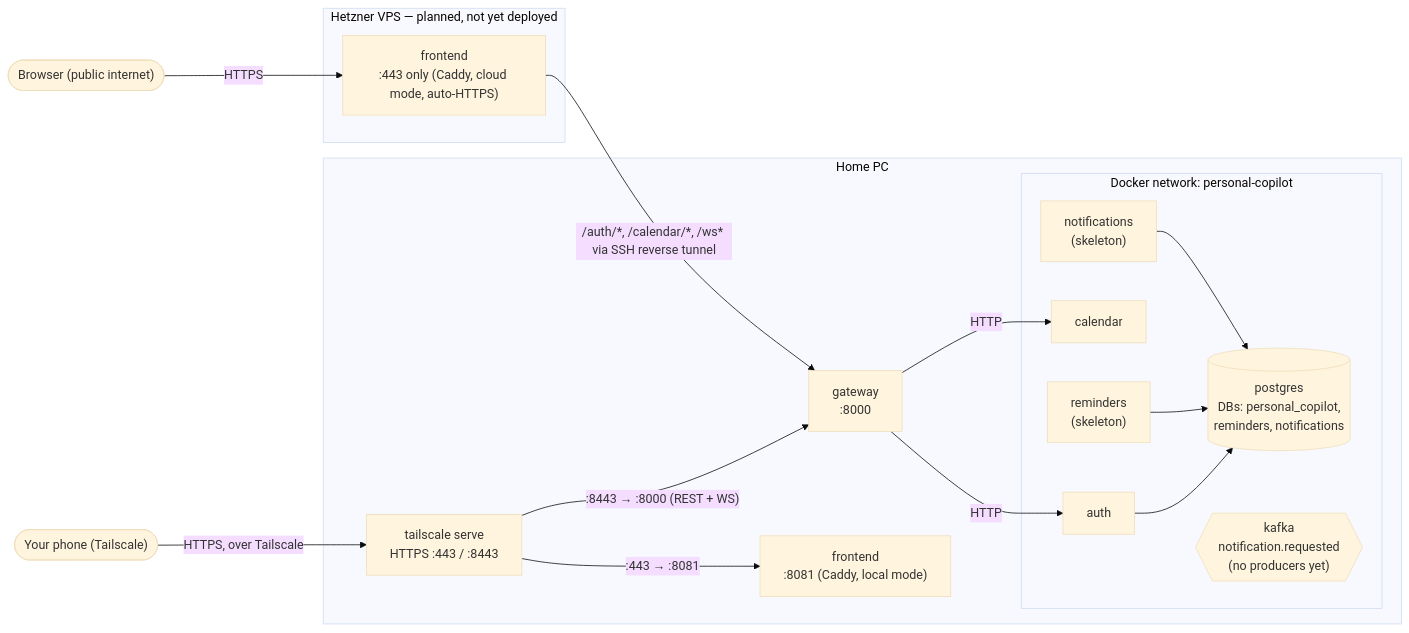
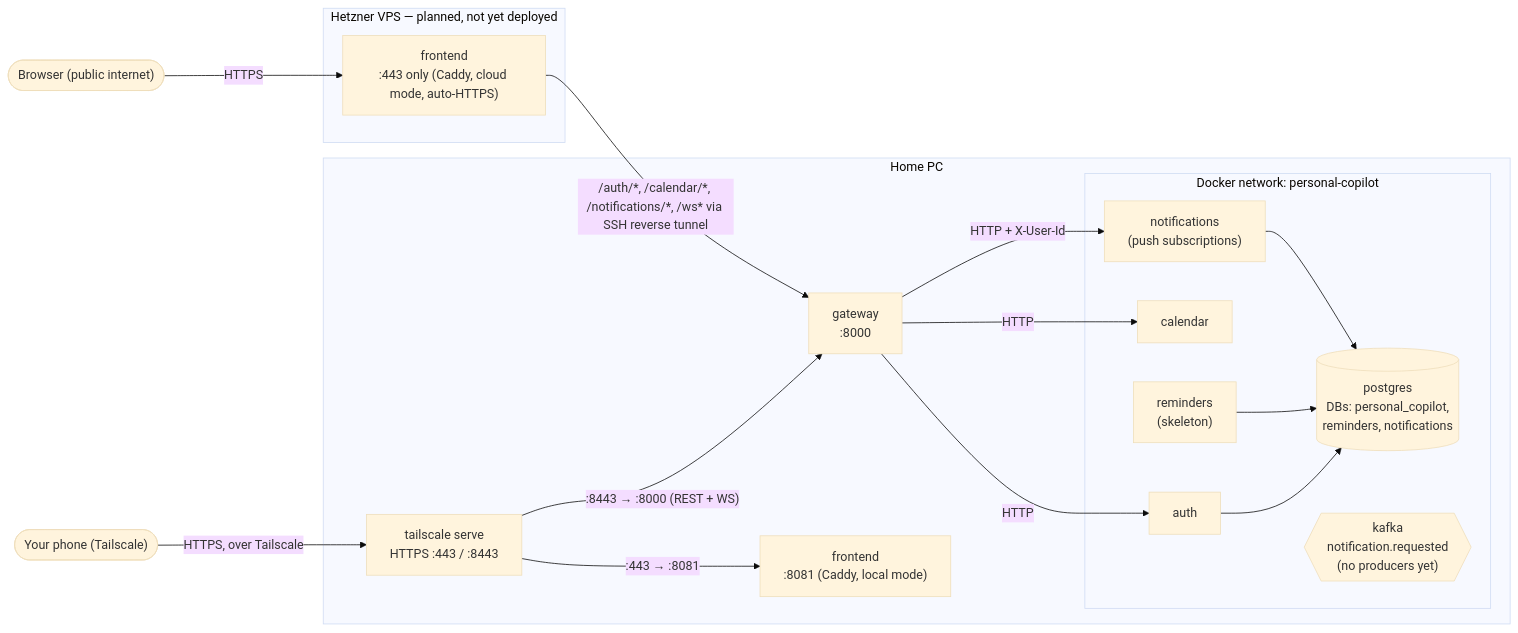
One commit to LidorElmakaies/personal-copilot changed the first of 3 diagrams in docs/specs/architecture.md. Above: the diagram before and after it, drawn with Mermaid (base theme). The commit also changed other lines of this file and 38 other files, not shown here.

````diff
--- a/docs/specs/architecture.md
+++ b/docs/specs/architecture.md
@@ -17,36 +17,37 @@
 ```mermaid
 flowchart LR
     Phone(["Your phone (Tailscale)"])
     Browser(["Browser (public internet)"])
 
     subgraph Home["Home PC"]
         TsServe["tailscale serve\nHTTPS :443 / :8443"]
         Gateway["gateway\n:8000"]
         FrontendLocal["frontend\n:8081 (Caddy, local mode)"]
         subgraph Docker["Docker network: personal-copilot"]
             Auth["auth"]
             Calendar["calendar"]
             Reminders["reminders\n(skeleton)"]
-            Notifications["notifications\n(skeleton)"]
+            Notifications["notifications\n(push subscriptions)"]
             Postgres[("postgres\nDBs: personal_copilot,\nreminders, notifications")]
             Kafka{{"kafka\nnotification.requested\n(no producers yet)"}}
         end
     end
 
     subgraph VPS["Hetzner VPS — planned, not yet deployed"]
         CaddyCloud["frontend\n:443 only (Caddy, cloud mode, auto-HTTPS)"]
     end
 
     Phone -->|HTTPS, over Tailscale| TsServe
     TsServe -->|":443 → :8081"| FrontendLocal
     TsServe -->|":8443 → :8000 (REST + WS)"| Gateway
 
     Browser -->|HTTPS| CaddyCloud
-    CaddyCloud -->|"/auth/*, /calendar/*, /ws* via SSH reverse tunnel"| Gateway
+    CaddyCloud -->|"/auth/*, /calendar/*, /notifications/*, /ws* via SSH reverse tunnel"| Gateway
 
     Gateway -->|HTTP| Auth
     Gateway -->|HTTP| Calendar
+    Gateway -->|"HTTP + X-User-Id"| Notifications
     Auth --> Postgres
     Reminders --> Postgres
     Notifications --> Postgres
 ```
````
